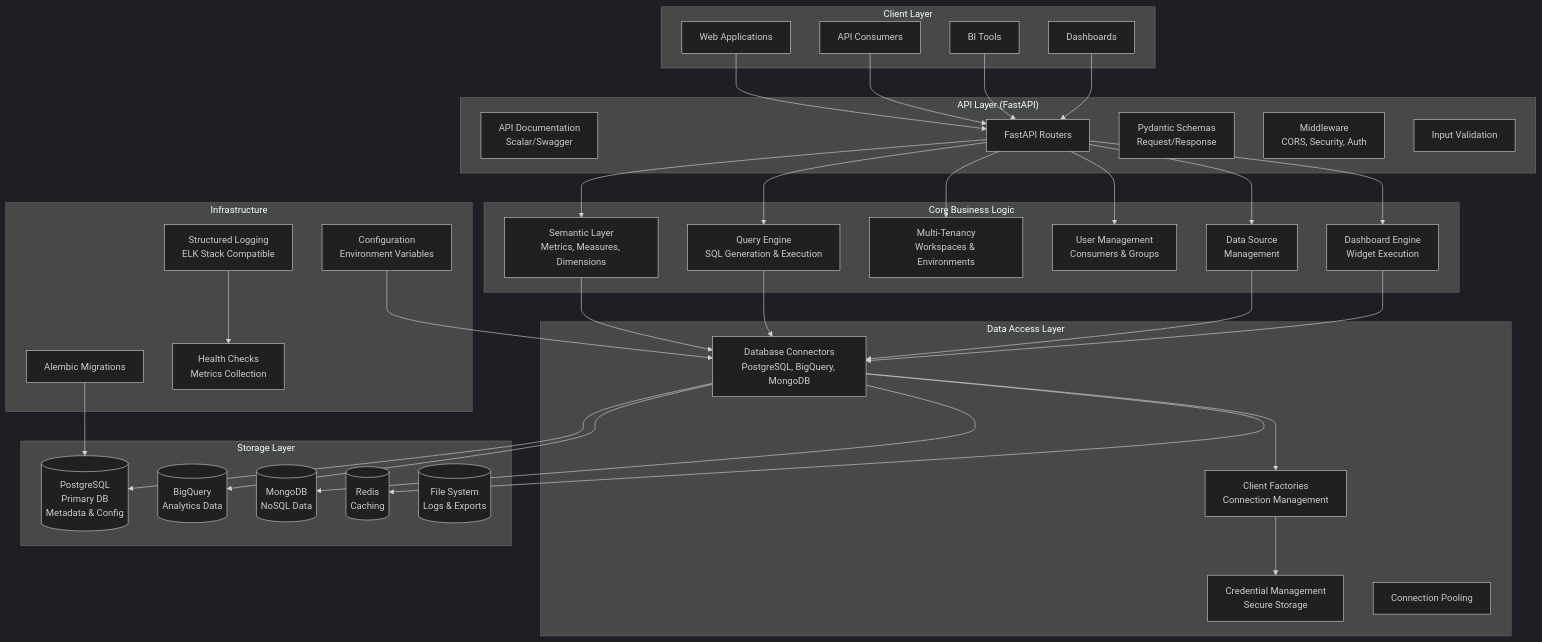
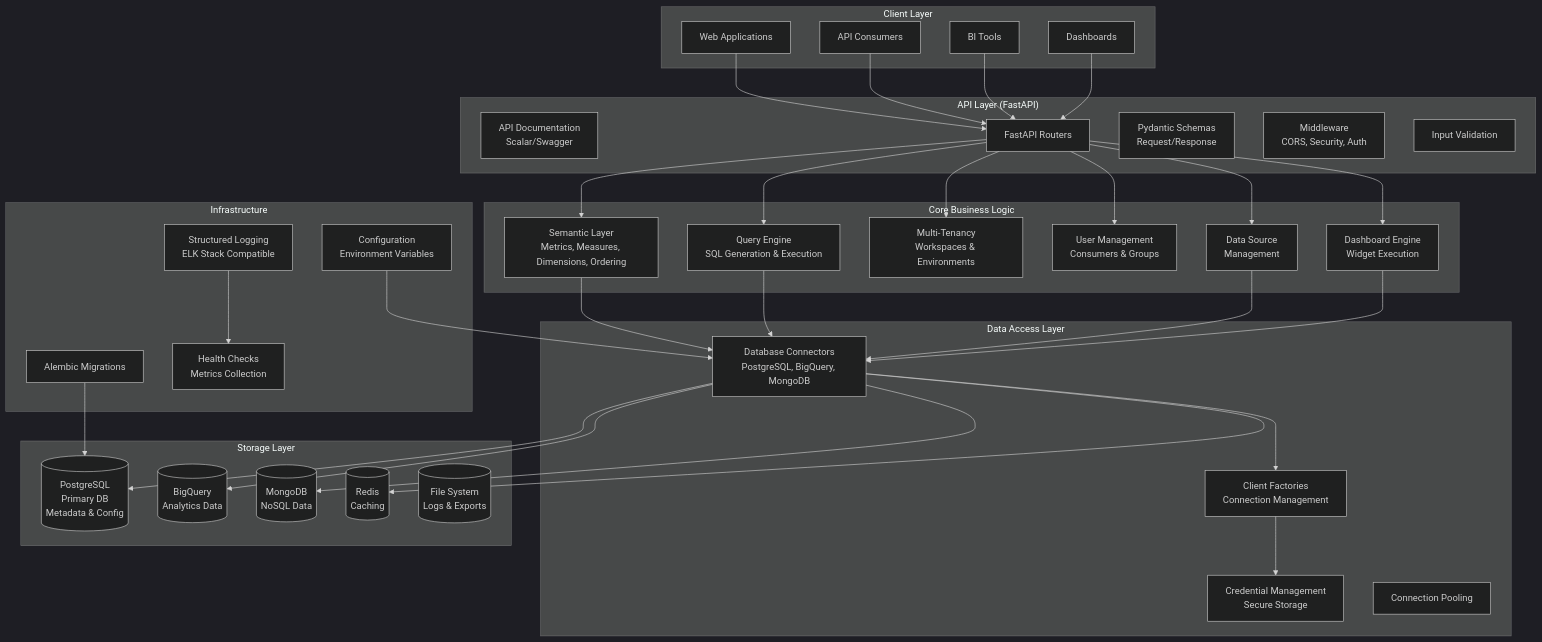
The first of 6 diagrams in content/2.architecture/1.overview.md (TelescopeAI/cortex-docs), drawn with Mermaid (dark theme) before and after one commit. The commit also changed other lines of this file and 16 other files, not shown here.

Commit message:
feat: added docs for order sequences

````diff
--- a/content/2.architecture/1.overview.md
+++ b/content/2.architecture/1.overview.md
@@ -15,76 +15,76 @@
 ```mermaid
 graph TB
     subgraph "Client Layer"
         WEB[Web Applications]
         API_CONSUMERS[API Consumers]
         BI_TOOLS[BI Tools]
         DASHBOARDS[Dashboards]
     end
 
     subgraph "API Layer (FastAPI)"
         DOCS[API Documentation<br/>Scalar/Swagger]
         ROUTERS[FastAPI Routers]
         SCHEMAS[Pydantic Schemas<br/>Request/Response]
         MIDDLEWARE[Middleware<br/>CORS, Security, Auth]
         VALIDATION[Input Validation]
     end
 
     subgraph "Core Business Logic"
-        SEMANTICS[Semantic Layer<br/>Metrics, Measures, Dimensions]
+        SEMANTICS[Semantic Layer<br/>Metrics, Measures, Dimensions, Ordering]
         QUERY_ENGINE[Query Engine<br/>SQL Generation & Execution]
         WORKSPACES[Multi-Tenancy<br/>Workspaces & Environments]
         CONSUMERS[User Management<br/>Consumers & Groups]
         DATA_SOURCES[Data Source<br/>Management]
         DASHBOARD_ENGINE[Dashboard Engine<br/>Widget Execution]
     end
 
     subgraph "Data Access Layer"
         CONNECTORS[Database Connectors<br/>PostgreSQL, BigQuery, MongoDB]
         FACTORIES[Client Factories<br/>Connection Management]
         CREDENTIALS[Credential Management<br/>Secure Storage]
         POOLING[Connection Pooling]
     end
 
     subgraph "Storage Layer"
         POSTGRES[(PostgreSQL<br/>Primary DB<br/>Metadata & Config)]
         BIGQUERY[(BigQuery<br/>Analytics Data)]
         MONGODB[(MongoDB<br/>NoSQL Data)]
         REDIS[(Redis<br/>Caching)]
         FILE_SYSTEM[(File System<br/>Logs & Exports)]
     end
 
     subgraph "Infrastructure"
         MIGRATIONS[Alembic Migrations]
         CONFIG[Configuration<br/>Environment Variables]
         LOGGING[Structured Logging<br/>ELK Stack Compatible]
         MONITORING[Health Checks<br/>Metrics Collection]
     end
 
     WEB --> ROUTERS
     API_CONSUMERS --> ROUTERS
     BI_TOOLS --> ROUTERS
     DASHBOARDS --> ROUTERS
 
     ROUTERS --> SEMANTICS
     ROUTERS --> QUERY_ENGINE
     ROUTERS --> WORKSPACES
     ROUTERS --> CONSUMERS
     ROUTERS --> DATA_SOURCES
     ROUTERS --> DASHBOARD_ENGINE
 
     SEMANTICS --> CONNECTORS
     QUERY_ENGINE --> CONNECTORS
     DATA_SOURCES --> CONNECTORS
     DASHBOARD_ENGINE --> CONNECTORS
     CONNECTORS --> FACTORIES
     FACTORIES --> CREDENTIALS
 
     CONNECTORS --> POSTGRES
     CONNECTORS --> BIGQUERY
     CONNECTORS --> MONGODB
     CONNECTORS --> REDIS
 
     MIGRATIONS --> POSTGRES
     CONFIG --> CONNECTORS
     LOGGING --> MONITORING
 ```
````
